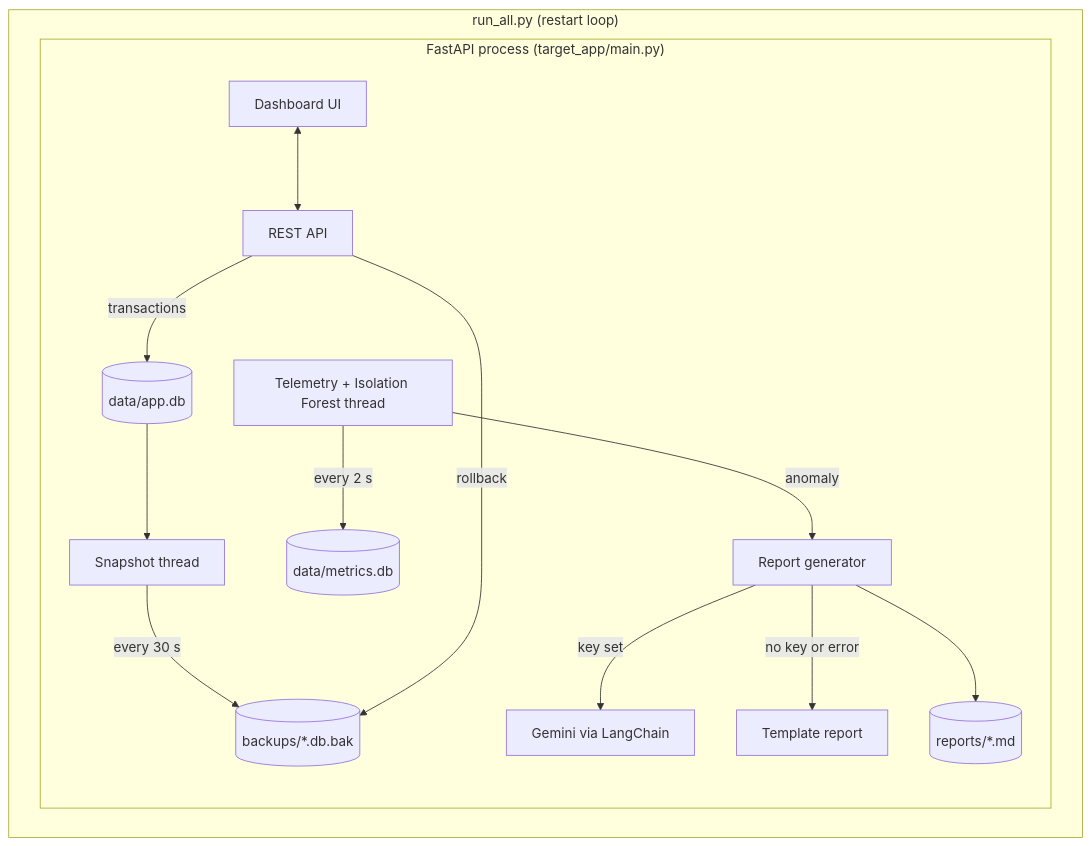
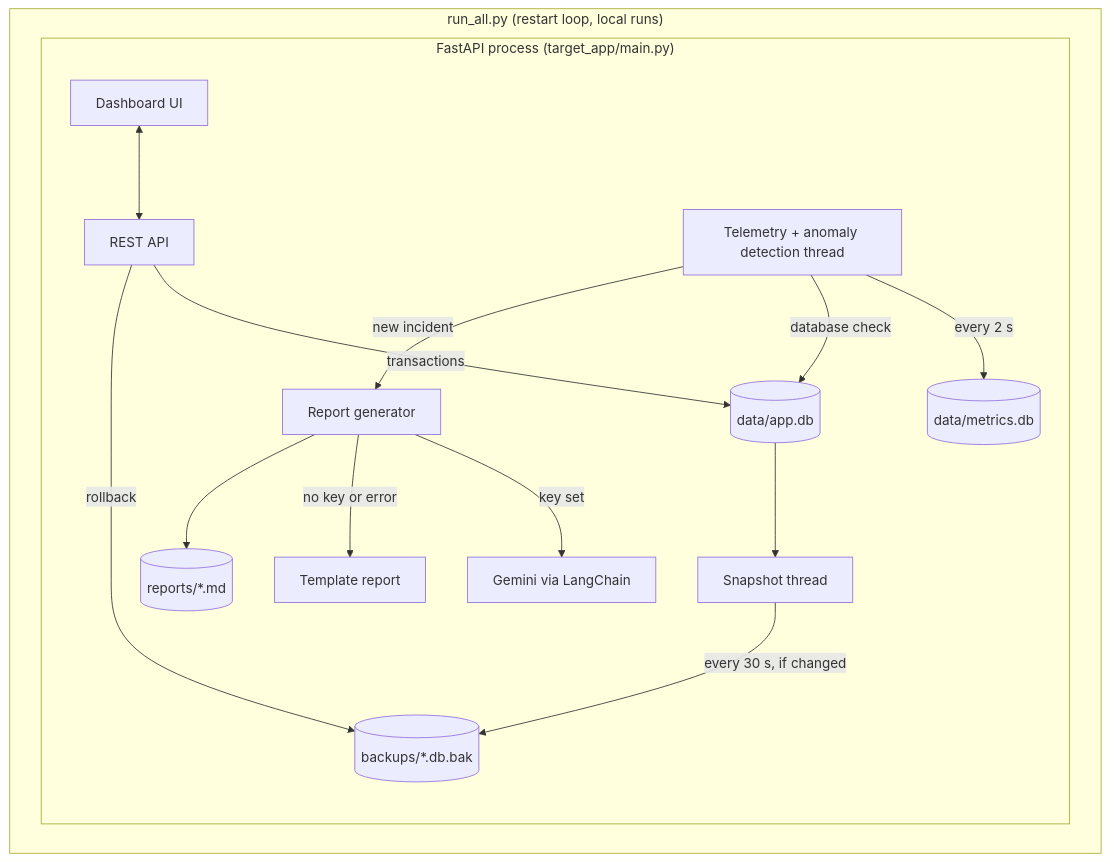
Before and after one commit to vishnuatgit/DeepBell: the diagram in README.md, drawn with Mermaid. The commit also changed other lines of this file and 14 other files, not shown here.

````diff
--- a/README.md
+++ b/README.md
@@ -29,17 +44,18 @@
 ```mermaid
 graph TD
-    subgraph Supervisor["run_all.py (restart loop)"]
+    subgraph Supervisor["run_all.py (restart loop, local runs)"]
         subgraph App["FastAPI process (target_app/main.py)"]
             UI[Dashboard UI] <--> API[REST API]
             API -->|transactions| AppDB[(data/app.db)]
             AppDB --> Snap[Snapshot thread]
-            Snap -->|every 30 s| Backups[(backups/*.db.bak)]
-            Watch[Telemetry + Isolation Forest thread] -->|every 2 s| MetricsDB[(data/metrics.db)]
-            Watch -->|anomaly| Report[Report generator]
+            Snap -->|every 30 s, if changed| Backups[(backups/*.db.bak)]
+            Watch[Telemetry + anomaly detection thread] -->|every 2 s| MetricsDB[(data/metrics.db)]
+            Watch -->|database check| AppDB
+            Watch -->|new incident| Report[Report generator]
             Report -->|key set| Gemini[Gemini via LangChain]
             Report -->|no key or error| Template[Template report]
             Report --> Reports[(reports/*.md)]
             API -->|rollback| Backups
         end
     end
 ```
````
